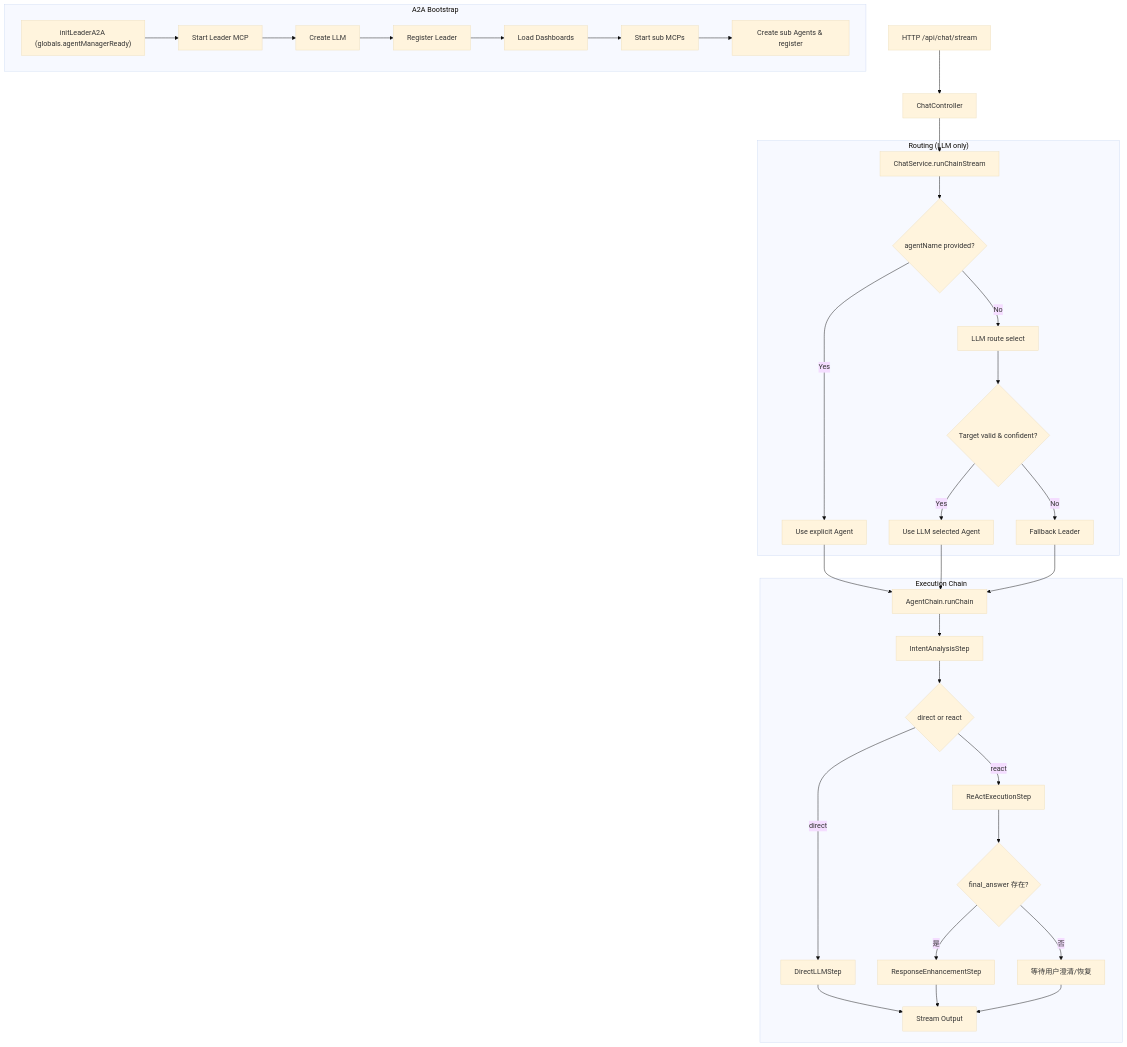
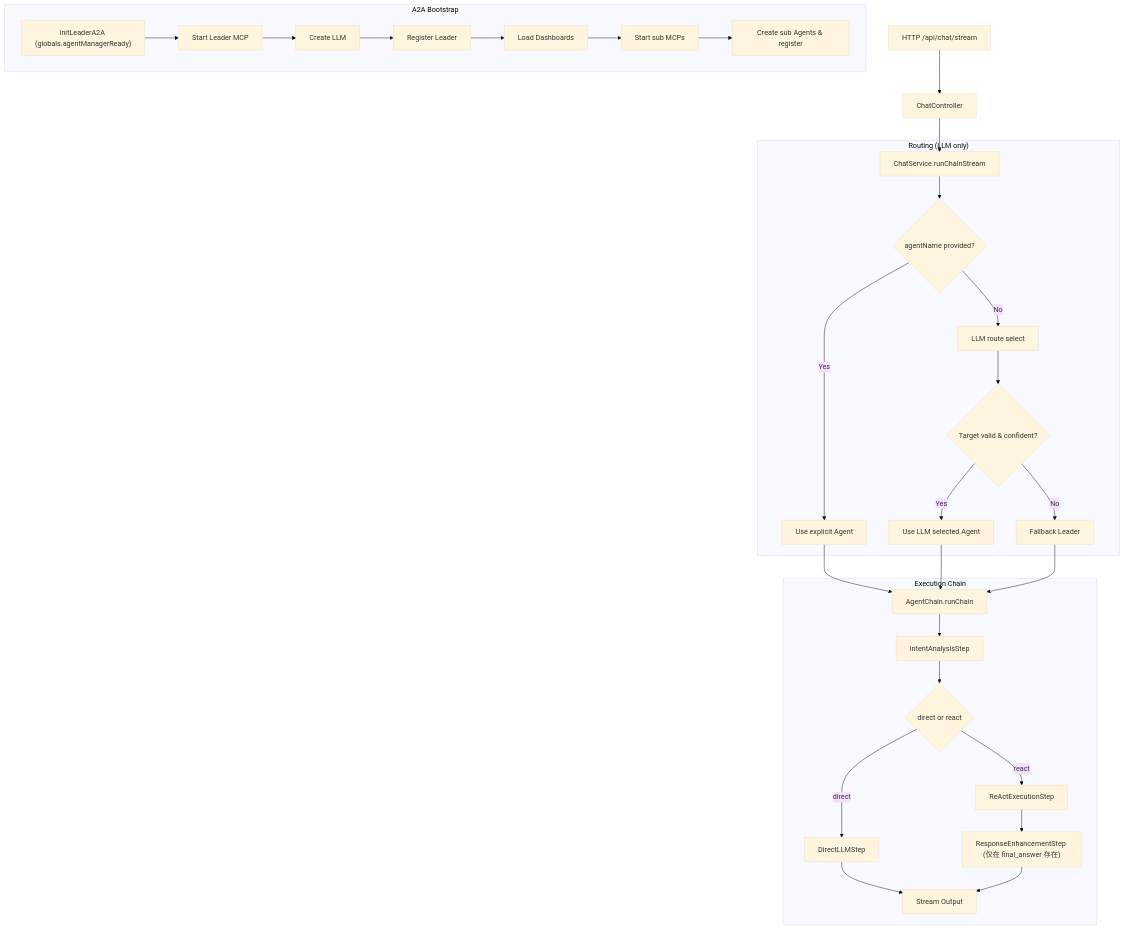
Before and after one commit to seemrcola/bot-server: the diagram in docs/a2a-flow.md, drawn with Mermaid (base theme). The commit also changed 11 other files, not shown here.

````diff
--- a/docs/a2a-flow.md
+++ b/docs/a2a-flow.md
@@ -3,43 +3,40 @@
 ```mermaid
 flowchart TD
   %% Entry
   A["HTTP /api/chat/stream"] --> B["ChatController"]
   B --> C["ChatService.runChainStream"]
 
   %% Routing (LLM only)
   subgraph ROUTE["Routing (LLM only)"]
     C --> D{"agentName provided?"}
     D -- "Yes" --> E["Use explicit Agent"]
     D -- "No"  --> F["LLM route select"]
     F --> G{"Target valid & confident?"}
     G -- "Yes" --> H["Use LLM selected Agent"]
     G -- "No"  --> L["Fallback Leader"]
   end
 
   %% Execution Chain
   subgraph EXEC["Execution Chain"]
     H --> M["AgentChain.runChain"]
     E --> M
     L --> M
     M --> N["IntentAnalysisStep"]
     N --> O{"direct or react"}
     O -- "direct" --> P["DirectLLMStep"]
     O -- "react"  --> Q["ReActExecutionStep"]
-    Q --> R{"final_answer 存在?"}
-    R -- "是" --> S1["ResponseEnhancementStep"]
-    R -- "否" --> S2["等待用户澄清/恢复"]
-    S1 --> S
-    S2 --> S
+    Q --> R["ResponseEnhancementStep (仅在 final_answer 存在)"]
+    R --> S
     P --> S["Stream Output"]
   end
 
   %% Bootstrap
   subgraph BOOT["A2A Bootstrap"]
     T["initLeaderA2A (globals.agentManagerReady)"] --> U["Start Leader MCP"]
     U --> V["Create LLM"]
     V --> W["Register Leader"]
     W --> X["Load Dashboards"]
     X --> Y["Start sub MCPs"]
     Y --> Z["Create sub Agents & register"]
   end
 ```
````
